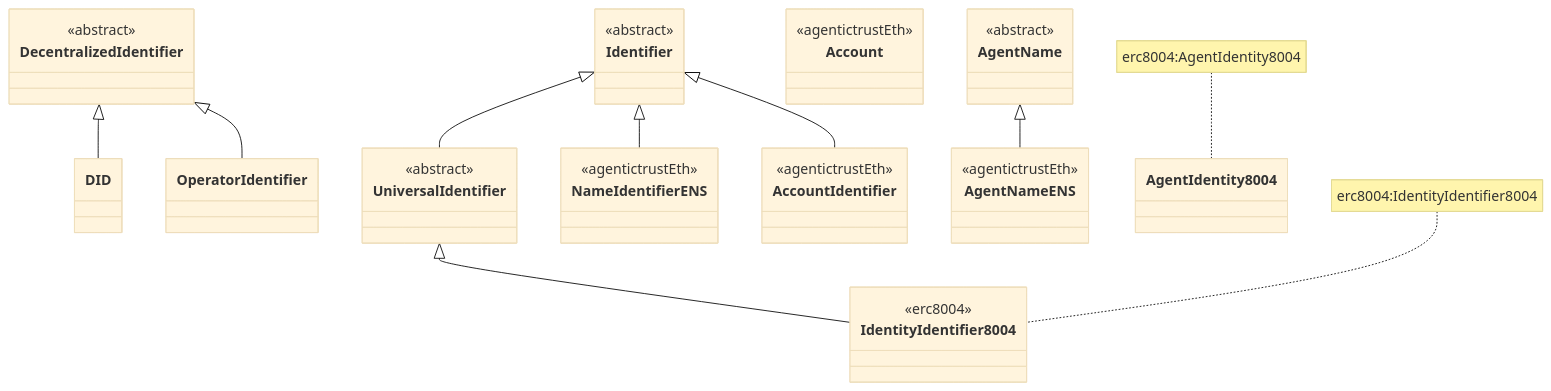
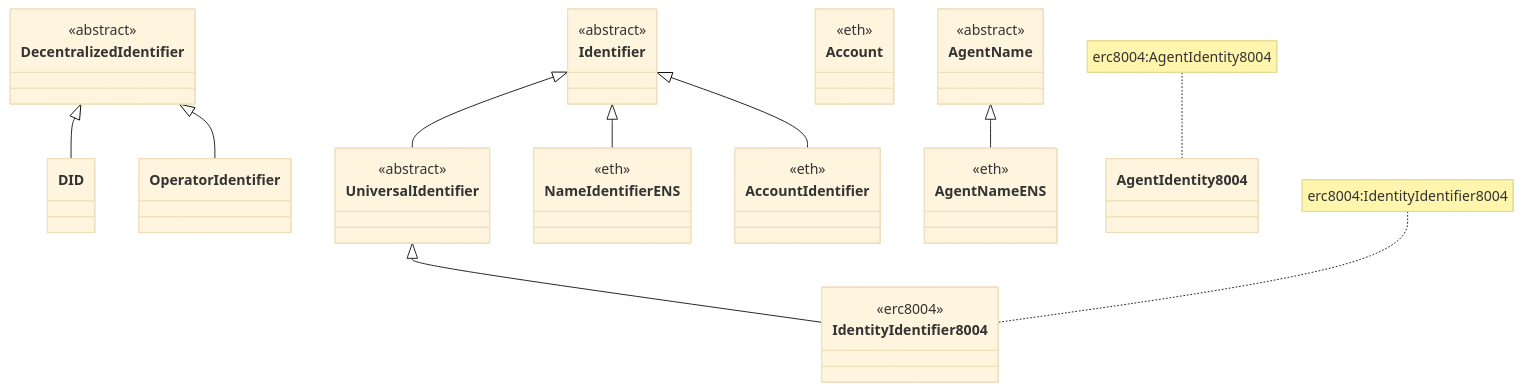
The first of 6 diagrams in docs/ontology/identifiers.md (Agentic-Trust-Layer/agent-explorer), drawn with Mermaid (base theme) before and after one commit. The commit also changed other lines of this file and 49 other files, not shown here.

````diff
--- a/docs/ontology/identifiers.md
+++ b/docs/ontology/identifiers.md
@@ -45,47 +45,47 @@
 ```mermaid
 classDiagram
     class Identifier {
         <<abstract>>
     }
     class UniversalIdentifier {
         <<abstract>>
     }
     class DecentralizedIdentifier {
         <<abstract>>
     }
     class DID {
     }
     class OperatorIdentifier {
     }
     class IdentityIdentifier8004 {
         <<erc8004>>
     }
     class NameIdentifierENS {
-        <<agentictrustEth>>
+        <<eth>>
     }
     class AccountIdentifier {
-        <<agentictrustEth>>
+        <<eth>>
     }
     class Account {
-        <<agentictrustEth>>
+        <<eth>>
     }
     class AgentName {
         <<abstract>>
     }
     class AgentNameENS {
-        <<agentictrustEth>>
+        <<eth>>
     }
     class AgentIdentity8004 {
     }
     
     Identifier <|-- UniversalIdentifier
     Identifier <|-- NameIdentifierENS
     Identifier <|-- AccountIdentifier
     UniversalIdentifier <|-- IdentityIdentifier8004
     DecentralizedIdentifier <|-- DID
     DecentralizedIdentifier <|-- OperatorIdentifier
     AgentName <|-- AgentNameENS
     
     note for IdentityIdentifier8004 "erc8004:IdentityIdentifier8004"
     note for AgentIdentity8004 "erc8004:AgentIdentity8004"
 ```
````
